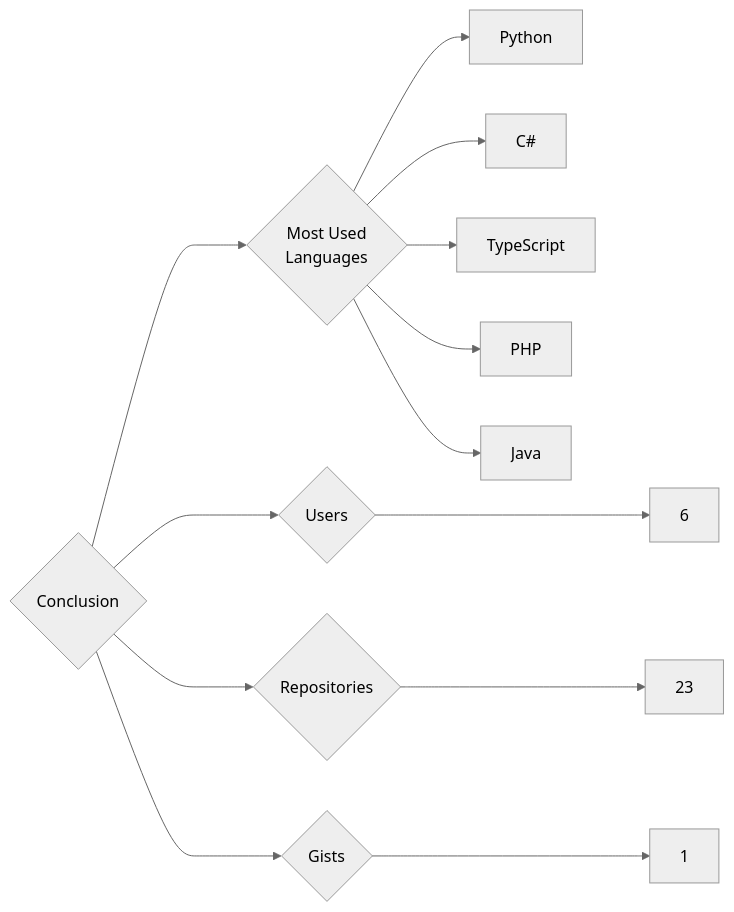
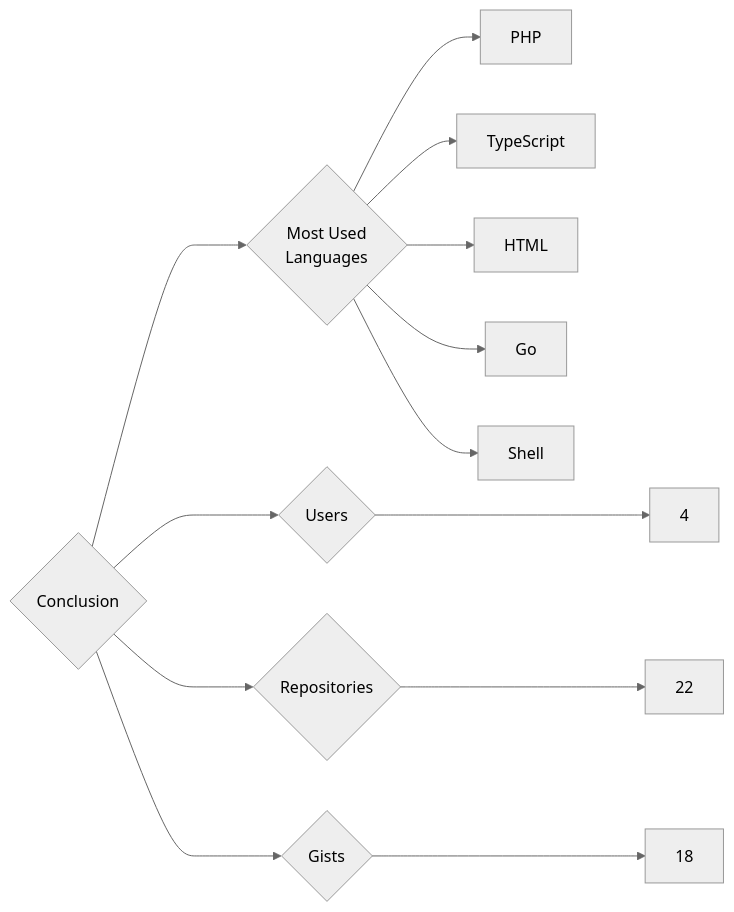
One commit to trickest/insiders changed the diagram in targets/Conclusion/README.md. Above: the diagram before and after it, drawn with Mermaid (neutral theme). The commit also changed 1120 other files, not shown here.

````diff
--- a/targets/Conclusion/README.md
+++ b/targets/Conclusion/README.md
@@ -3,13 +3,13 @@
 ```mermaid
 graph LR
 COMPANY_NAME{Conclusion}
-COMPANY_NAME ---> U{Users} ---> UN[6]
-COMPANY_NAME ---> R{Repositories} ---> RN[23]
-COMPANY_NAME ---> G{Gists} ---> GN[1]
+COMPANY_NAME ---> U{Users} ---> UN[4]
+COMPANY_NAME ---> R{Repositories} ---> RN[22]
+COMPANY_NAME ---> G{Gists} ---> GN[18]
 COMPANY_NAME ---> ML{Most Used<br>Languages}
-ML --> Python[Python]
-ML --> C#[C#]
+ML --> PHP[PHP]
 ML --> TypeScript[TypeScript]
-ML --> PHP[PHP]
-ML --> Java[Java]
+ML --> HTML[HTML]
+ML --> Go[Go]
+ML --> Shell[Shell]
 ```
````
